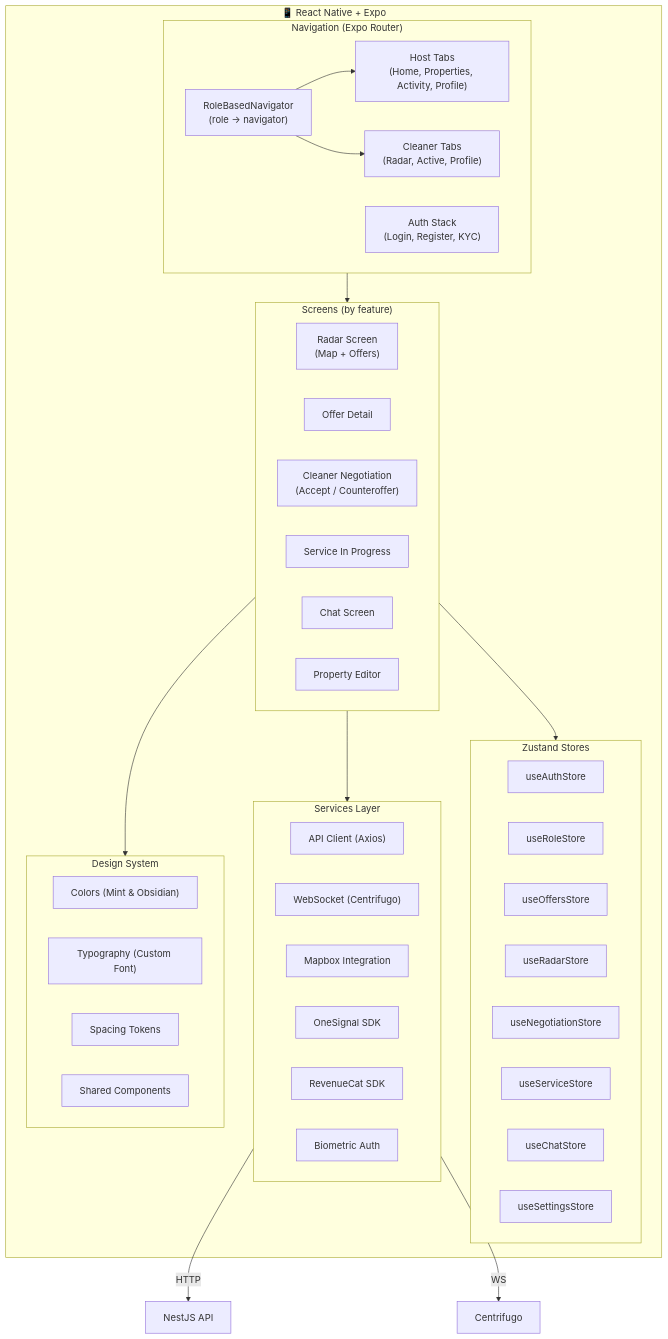
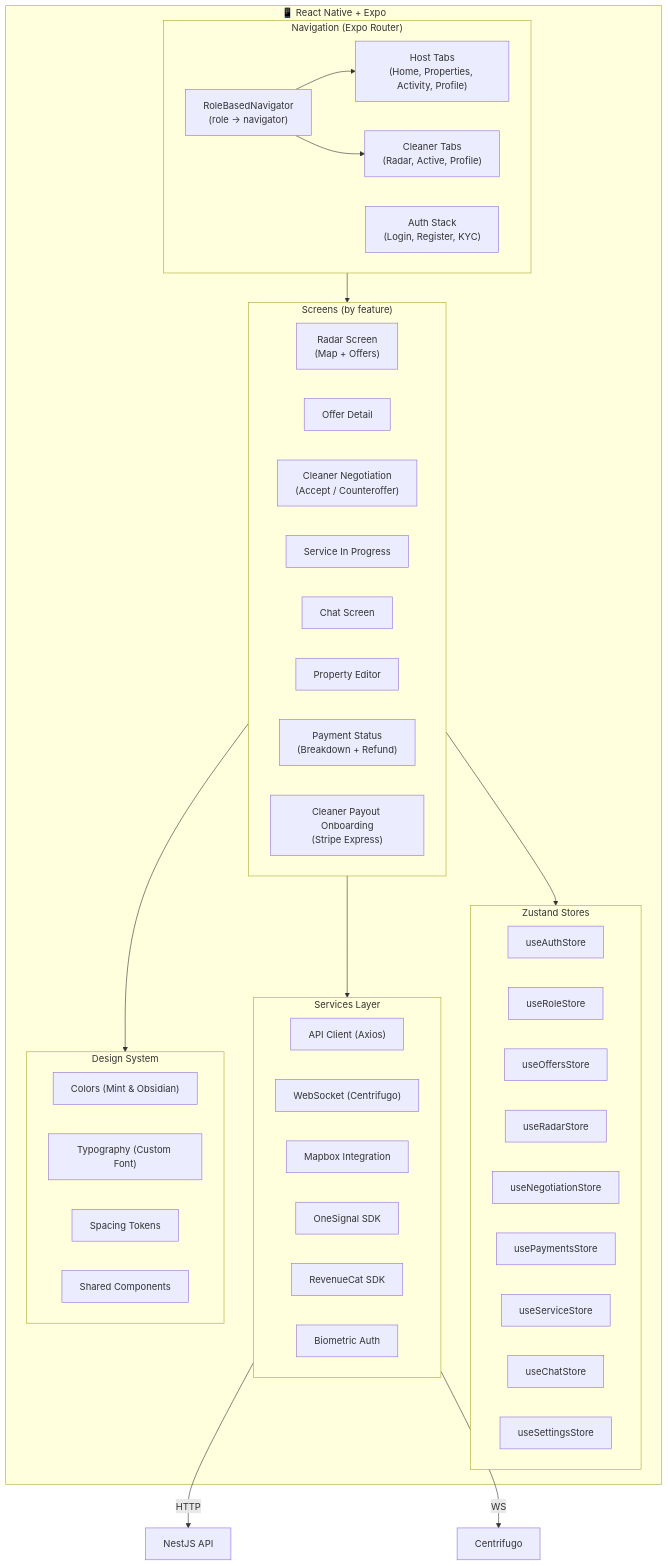
Before and after one commit to Sebastiandg007/bidclean: the second of 12 diagrams in docs/ARCHITECTURE.md, drawn with Mermaid. The commit also changed other lines of this file and 148 other files, not shown here.

````diff
--- a/docs/ARCHITECTURE.md
+++ b/docs/ARCHITECTURE.md
@@ -96,56 +96,59 @@
 ```mermaid
 graph TB
     subgraph App["📱 React Native + Expo"]
         subgraph Navigation["Navigation (Expo Router)"]
             RoleRouter["RoleBasedNavigator<br/>(role → navigator)"]
             AuthStack["Auth Stack<br/>(Login, Register, KYC)"]
             HostTabs["Host Tabs<br/>(Home, Properties, Activity, Profile)"]
             CleanerTabs["Cleaner Tabs<br/>(Radar, Active, Profile)"]
         end
 
         subgraph Screens["Screens (by feature)"]
             Radar["Radar Screen<br/>(Map + Offers)"]
             OfferDetail["Offer Detail"]
             Negotiation["Cleaner Negotiation<br/>(Accept / Counteroffer)"]
             Service["Service In Progress"]
             Chat["Chat Screen"]
             PropertyEdit["Property Editor"]
+            PaymentStatus["Payment Status<br/>(Breakdown + Refund)"]
+            PayoutOnboarding["Cleaner Payout Onboarding<br/>(Stripe Express)"]
         end
 
         subgraph Stores["Zustand Stores"]
             AuthStore["useAuthStore"]
             RoleStore["useRoleStore"]
             OffersStore["useOffersStore"]
             RadarStore["useRadarStore"]
             NegotiationStore["useNegotiationStore"]
+            PaymentsStore["usePaymentsStore"]
             ServiceStore["useServiceStore"]
             ChatStore["useChatStore"]
             SettingsStore["useSettingsStore"]
         end
 
         subgraph Services["Services Layer"]
             APIService["API Client (Axios)"]
             SocketService["WebSocket (Centrifugo)"]
             MapService["Mapbox Integration"]
             NotifService["OneSignal SDK"]
             PurchaseService["RevenueCat SDK"]
             BiometricService["Biometric Auth"]
         end
 
         subgraph Theme["Design System"]
             Colors["Colors (Mint & Obsidian)"]
             Typography["Typography (Custom Font)"]
             Spacing["Spacing Tokens"]
             Components["Shared Components"]
         end
     end
 
     Navigation --> Screens
     RoleRouter --> HostTabs
     RoleRouter --> CleanerTabs
     Screens --> Stores
     Screens --> Services
     Screens --> Theme
     Services --> |"HTTP"| API["NestJS API"]
     Services --> |"WS"| WS["Centrifugo"]
 ```
````
